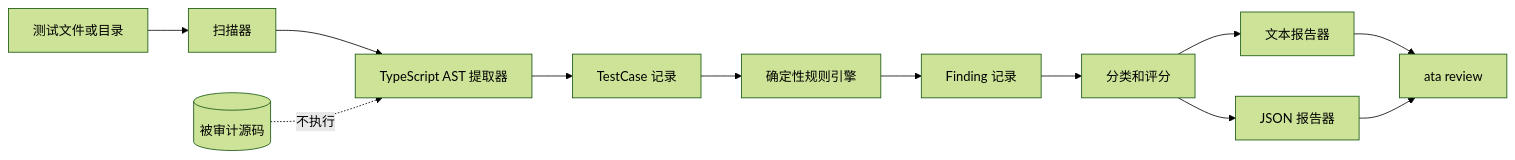
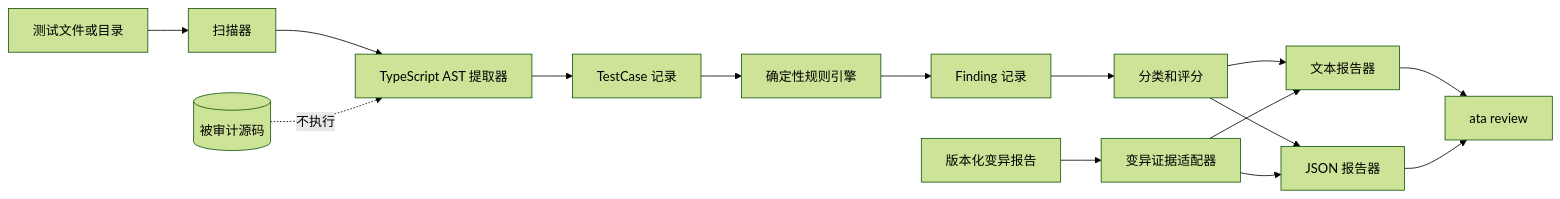
Before and after one commit to AI-Native-QA-Lab/ai-test-auditor: the diagram in docs/zh/architecture.md, drawn with Mermaid (forest theme). The commit also changed other lines of this file and 18 other files, not shown here.

Commit message:
feat: add offline mutation evidence adapter

````diff
--- a/docs/zh/architecture.md
+++ b/docs/zh/architecture.md
@@ -14,14 +14,17 @@
 ```mermaid
 flowchart LR
   Input[测试文件或目录] --> Scanner[扫描器]
   Scanner --> Extractor[TypeScript AST 提取器]
   Extractor --> Cases[TestCase 记录]
   Cases --> Rules[确定性规则引擎]
   Rules --> Findings[Finding 记录]
   Findings --> Audit[分类和评分]
   Audit --> Text[文本报告器]
   Audit --> Json[JSON 报告器]
+  Mutation[版本化变异报告] --> MutationAdapter[变异证据适配器]
+  MutationAdapter --> Text
+  MutationAdapter --> Json
   Text --> CLI[ata review]
   Json --> CLI
   Source[(被审计源码)] -. 不执行 .-> Extractor
 ```
````
